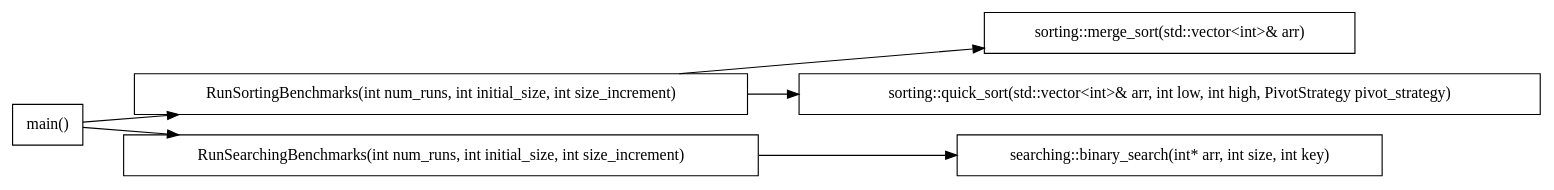
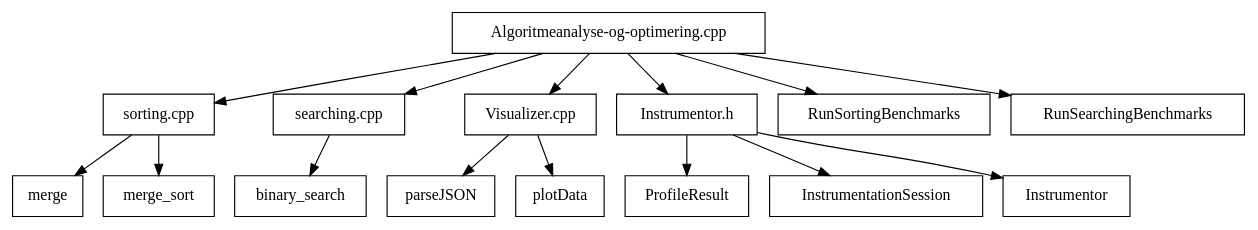
Before and after one commit to mbn-code/Algoritmeanalyse-og-optimering: the diagram in dotgraphs/program-flow.dot, drawn with Graphviz. The commit also changed 10 other files, not shown here.

Commit message:
program flow, maple asymptotes.

```diff
--- a/dotgraphs/program-flow.dot
+++ b/dotgraphs/program-flow.dot
@@ -1,19 +1,46 @@
-digraph ProgramFlow {
-    rankdir=LR;
+digraph ProjectStructure {
     node [shape=box];
 
-    main [label="main()"];
-    RunSortingBenchmarks [label="RunSortingBenchmarks(int num_runs, int initial_size, int size_increment)"];
-    RunSearchingBenchmarks [label="RunSearchingBenchmarks(int num_runs, int initial_size, int size_increment)"];
-    merge_sort [label="sorting::merge_sort(std::vector<int>& arr)"];
-    quick_sort [label="sorting::quick_sort(std::vector<int>& arr, int low, int high, PivotStrategy pivot_strategy)"];
-    binary_search [label="searching::binary_search(int* arr, int size, int key)"];
+    // Files
+    Algoritmeanalyse_og_optimering [label="Algoritmeanalyse-og-optimering.cpp"];
+    sorting_cpp [label="sorting.cpp"];
+    searching_cpp [label="searching.cpp"];
+    Visualizer_cpp [label="Visualizer.cpp"];
+    Instrumentor_h [label="Instrumentor.h"];
 
-    main -> RunSortingBenchmarks;
-    main -> RunSearchingBenchmarks;
+    // Relationships
+    Algoritmeanalyse_og_optimering -> sorting_cpp;
+    Algoritmeanalyse_og_optimering -> searching_cpp;
+    Algoritmeanalyse_og_optimering -> Visualizer_cpp;
+    Algoritmeanalyse_og_optimering -> Instrumentor_h;
 
-    RunSortingBenchmarks -> merge_sort;
-    RunSortingBenchmarks -> quick_sort;
+    // Functions in Algoritmeanalyse-og-optimering.cpp
+    RunSortingBenchmarks [label="RunSortingBenchmarks"];
+    RunSearchingBenchmarks [label="RunSearchingBenchmarks"];
+    Algoritmeanalyse_og_optimering -> RunSortingBenchmarks;
+    Algoritmeanalyse_og_optimering -> RunSearchingBenchmarks;
 
-    RunSearchingBenchmarks -> binary_search;
+    // Functions in sorting.cpp
+    merge [label="merge"];
+    merge_sort [label="merge_sort"];
+    sorting_cpp -> merge;
+    sorting_cpp -> merge_sort;
+
+    // Functions in searching.cpp
+    binary_search [label="binary_search"];
+    searching_cpp -> binary_search;
+
+    // Functions in Visualizer.cpp
+    parseJSON [label="parseJSON"];
+    plotData [label="plotData"];
+    Visualizer_cpp -> parseJSON;
+    Visualizer_cpp -> plotData;
+
+    // Classes and Structs in Instrumentor.h
+    ProfileResult [label="ProfileResult"];
+    InstrumentationSession [label="InstrumentationSession"];
+    Instrumentor [label="Instrumentor"];
+    Instrumentor_h -> ProfileResult;
+    Instrumentor_h -> InstrumentationSession;
+    Instrumentor_h -> Instrumentor;
 }
```
